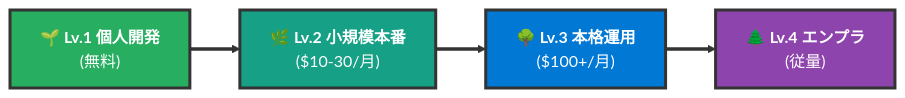
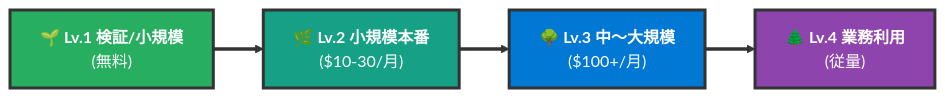
One commit to kasuyaofcb/tech_docs changed diagram 30 of 35 in azure/azure.md. Above: the diagram before and after it, drawn with Mermaid. The commit also changed other lines of this file and 1 other file, not shown here.

````diff
--- a/azure/azure.md
+++ b/azure/azure.md
@@ -830,11 +830,11 @@
 ```mermaid
 flowchart LR
-    L1["🌱 <b>Lv.1 個人開発</b><br/>(無料)"] ==> L2["🌿 <b>Lv.2 小規模本番</b><br/>($10-30/月)"]
-    L2 ==> L3["🌳 <b>Lv.3 本格運用</b><br/>($100+/月)"]
-    L3 ==> L4["🌲 <b>Lv.4 エンプラ</b><br/>(従量)"]
+    L1["🌱 <b>Lv.1 検証/小規模</b><br/>(無料)"] ==> L2["🌿 <b>Lv.2 小規模本番</b><br/>($10-30/月)"]
+    L2 ==> L3["🌳 <b>Lv.3 中〜大規模</b><br/>($100+/月)"]
+    L3 ==> L4["🌲 <b>Lv.4 業務利用</b><br/>(従量)"]
 
     style L1 fill:#27AE60,color:#FFFFFF,stroke:#333,stroke-width:3px
     style L2 fill:#16A085,color:#FFFFFF,stroke:#333,stroke-width:3px
     style L3 fill:#0078D4,color:#FFFFFF,stroke:#333,stroke-width:3px
     style L4 fill:#8E44AD,color:#FFFFFF,stroke:#333,stroke-width:3px
 ```
````
